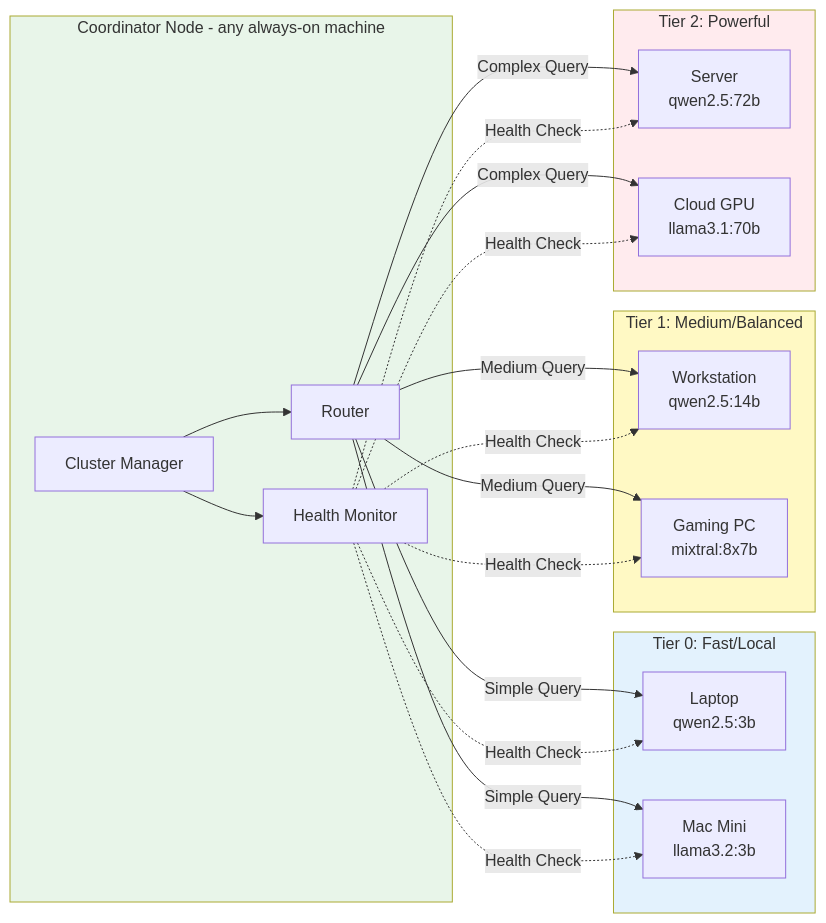
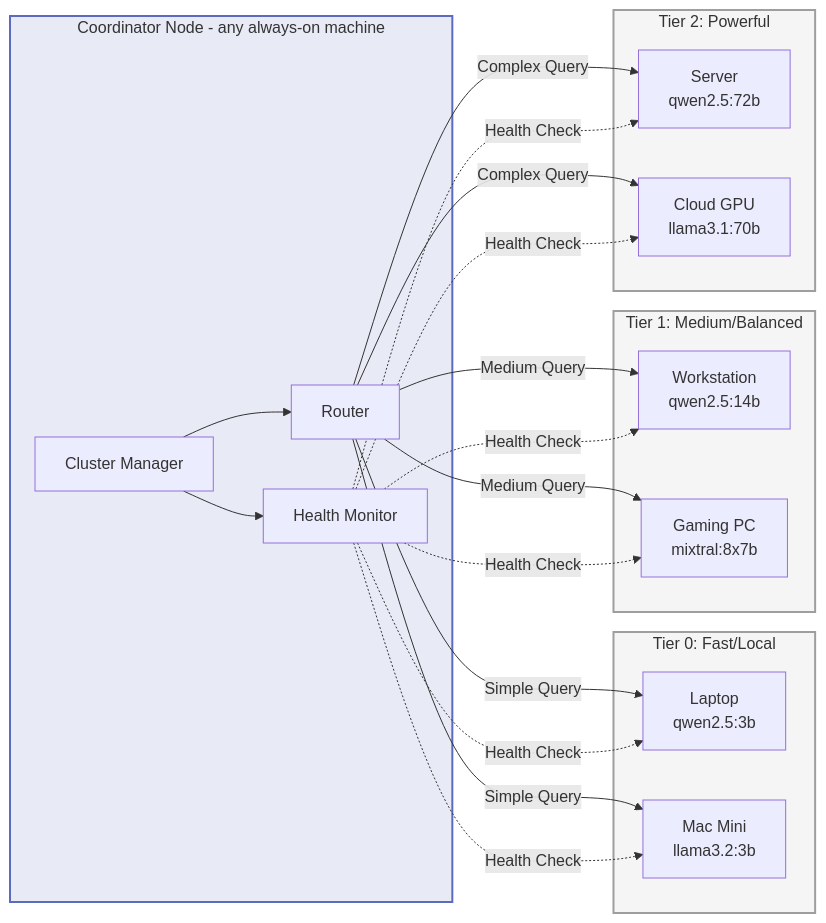
The first of 2 diagrams in README.md (smallthinkingmachines/harombe), drawn with Mermaid before and after one commit. The commit also changed other lines of this file and 6 other files, not shown here.

````diff
--- a/README.md
+++ b/README.md
@@ -183,43 +183,43 @@
 ```mermaid
 graph LR
     subgraph Coordinator["Coordinator Node - any always-on machine"]
         CM[Cluster Manager]
         HM[Health Monitor]
         RT[Router]
     end
 
     subgraph Tier0["Tier 0: Fast/Local"]
         T0N1[Laptop<br/>qwen2.5:3b]
         T0N2[Mac Mini<br/>llama3.2:3b]
     end
 
     subgraph Tier1["Tier 1: Medium/Balanced"]
         T1N1[Workstation<br/>qwen2.5:14b]
         T1N2[Gaming PC<br/>mixtral:8x7b]
     end
 
     subgraph Tier2["Tier 2: Powerful"]
         T2N1[Server<br/>qwen2.5:72b]
         T2N2[Cloud GPU<br/>llama3.1:70b]
     end
 
     CM --> HM
     CM --> RT
     RT -->|Simple Query| T0N1
     RT -->|Simple Query| T0N2
     RT -->|Medium Query| T1N1
     RT -->|Medium Query| T1N2
     RT -->|Complex Query| T2N1
     RT -->|Complex Query| T2N2
     HM -.->|Health Check| T0N1
     HM -.->|Health Check| T0N2
     HM -.->|Health Check| T1N1
     HM -.->|Health Check| T1N2
     HM -.->|Health Check| T2N1
     HM -.->|Health Check| T2N2
 
-    style Coordinator fill:#e8f5e9
-    style Tier0 fill:#e3f2fd
-    style Tier1 fill:#fff9c4
-    style Tier2 fill:#ffebee
+    style Coordinator fill:#e8eaf6,stroke:#5c6bc0,stroke-width:2px
+    style Tier0 fill:#f5f5f5,stroke:#9e9e9e,stroke-width:2px
+    style Tier1 fill:#f5f5f5,stroke:#9e9e9e,stroke-width:2px
+    style Tier2 fill:#f5f5f5,stroke:#9e9e9e,stroke-width:2px
 ```
````
